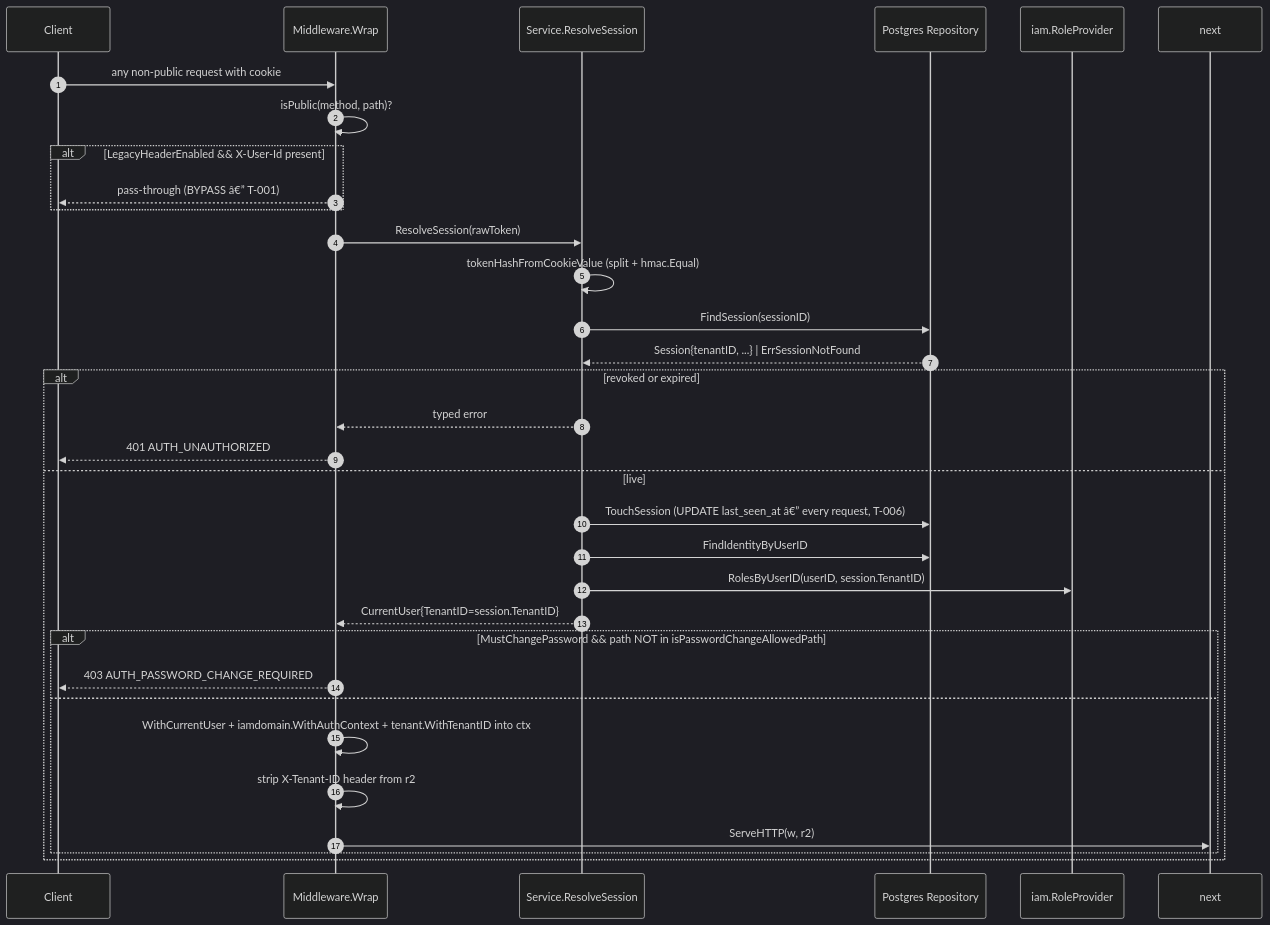
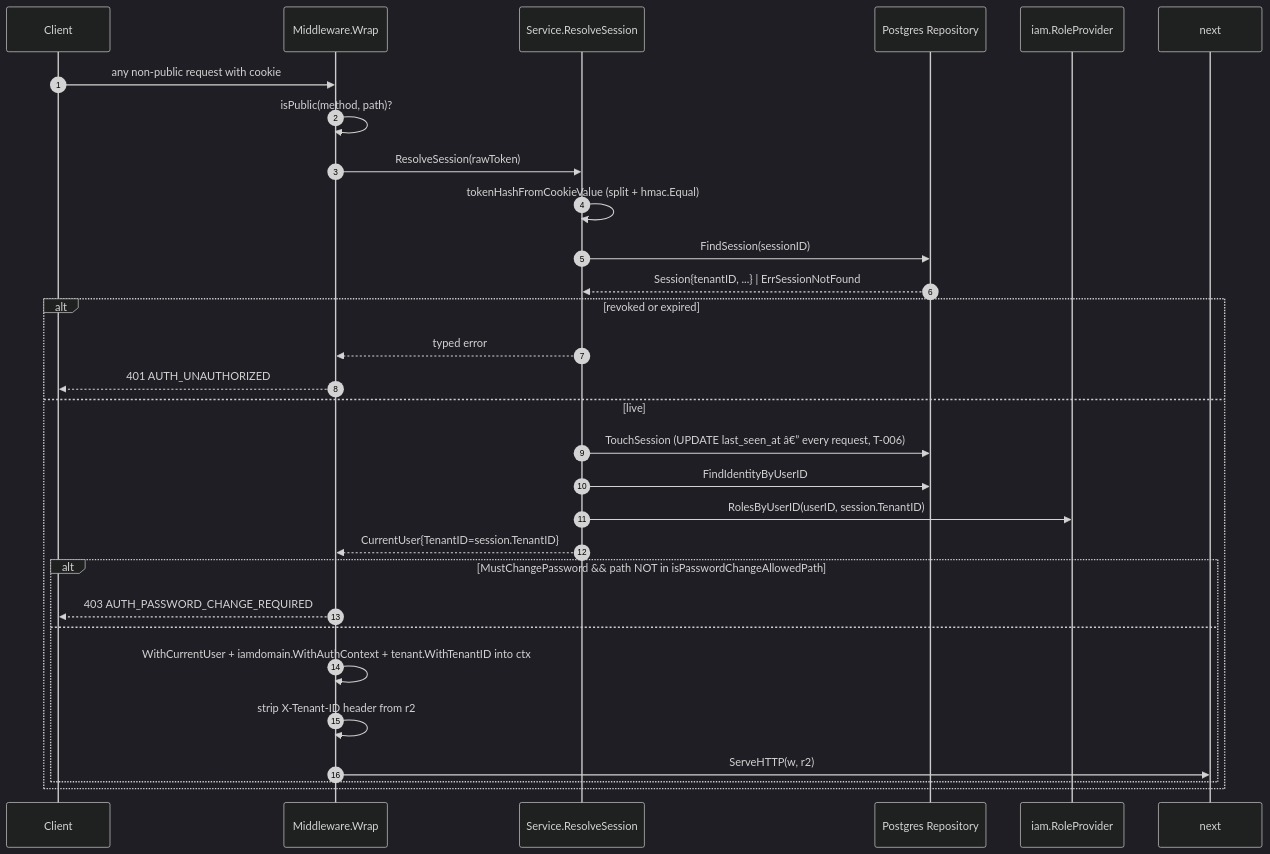
The fourth of 5 diagrams in wiki/modules/auth.md (developmentconexus-ops/MetalDocs), drawn with Mermaid (dark theme) before and after one commit. The commit also changed other lines of this file and 79 other files, not shown here.

````diff
--- a/wiki/modules/auth.md
+++ b/wiki/modules/auth.md
@@ -266,34 +264,31 @@
 ```mermaid
 sequenceDiagram
     autonumber
     participant C as Client
     participant MW as Middleware.Wrap
     participant S as Service.ResolveSession
     participant R as Postgres Repository
     participant IAM as iam.RoleProvider
     C->>MW: any non-public request with cookie
     MW->>MW: isPublic(method, path)?
-    alt LegacyHeaderEnabled && X-User-Id present
-        MW-->>C: pass-through (BYPASS â€” T-001)
-    end
     MW->>S: ResolveSession(rawToken)
     S->>S: tokenHashFromCookieValue (split + hmac.Equal)
     S->>R: FindSession(sessionID)
     R-->>S: Session{tenantID, ...} | ErrSessionNotFound
     alt revoked or expired
         S-->>MW: typed error
         MW-->>C: 401 AUTH_UNAUTHORIZED
     else live
         S->>R: TouchSession (UPDATE last_seen_at â€” every request, T-006)
         S->>R: FindIdentityByUserID
         S->>IAM: RolesByUserID(userID, session.TenantID)
         S-->>MW: CurrentUser{TenantID=session.TenantID}
         alt MustChangePassword && path NOT in isPasswordChangeAllowedPath
             MW-->>C: 403 AUTH_PASSWORD_CHANGE_REQUIRED
         else
             MW->>MW: WithCurrentUser + iamdomain.WithAuthContext + tenant.WithTenantID into ctx
             MW->>MW: strip X-Tenant-ID header from r2
             MW->>next: ServeHTTP(w, r2)
         end
     end
 ```
````
